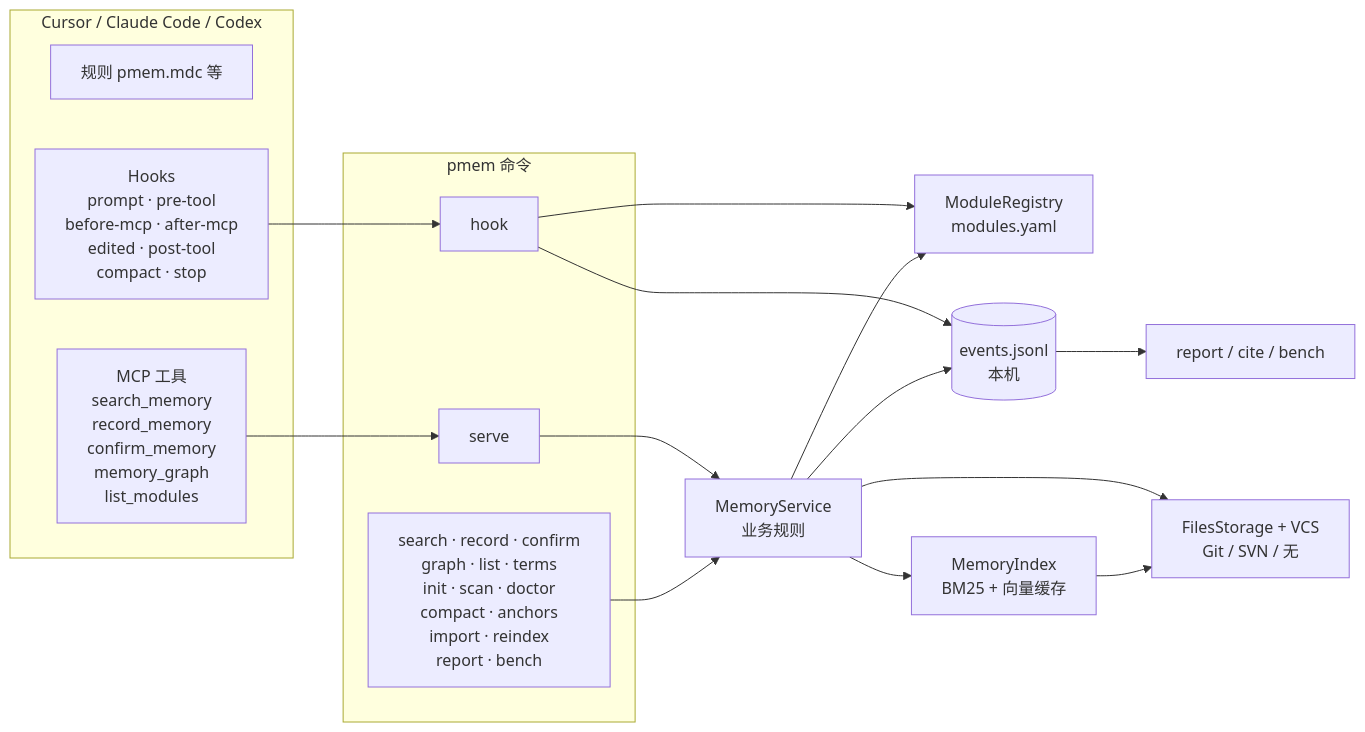
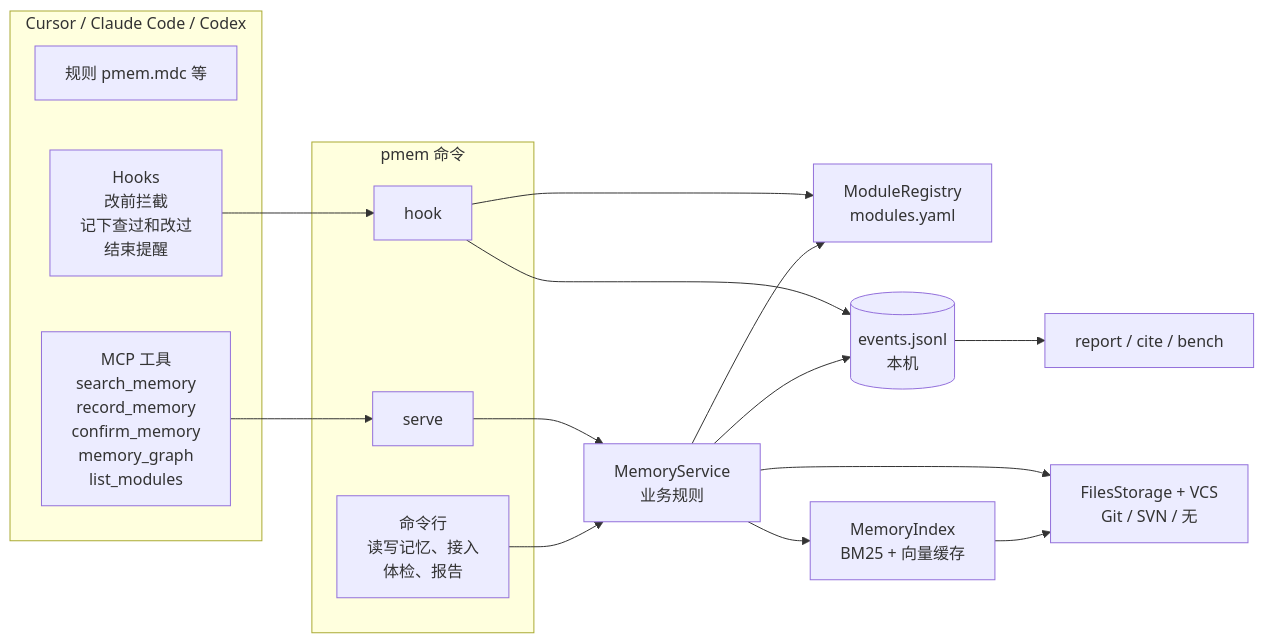
The diagram in docs/architecture.md (mry-ship/pmem), drawn with Mermaid before and after one commit. The commit also changed other lines of this file, not shown here.

Commit message:
docs: 架构图只写组件作用，事件与命令清单移到表格

````diff
--- a/docs/architecture.md
+++ b/docs/architecture.md
@@ -15,30 +15,30 @@
 ```mermaid
 flowchart LR
     subgraph Agent[Cursor / Claude Code / Codex]
         R[规则 pmem.mdc 等]
         M[MCP 工具<br/>search_memory<br/>record_memory<br/>confirm_memory<br/>memory_graph<br/>list_modules]
-        H[Hooks<br/>prompt · pre-tool<br/>before-mcp · after-mcp<br/>edited · post-tool<br/>compact · stop]
+        H[Hooks<br/>改前拦截<br/>记下查过和改过<br/>结束提醒]
     end
     subgraph pmem 命令
         S[serve]
         HK[hook]
-        CLI[search · record · confirm<br/>graph · list · terms<br/>init · scan · doctor<br/>compact · anchors<br/>import · reindex<br/>report · bench]
+        CLI[命令行<br/>读写记忆、接入<br/>体检、报告]
     end
     SV[MemoryService<br/>业务规则]
     REG[ModuleRegistry<br/>modules.yaml]
     ST[FilesStorage + VCS<br/>Git / SVN / 无]
     IX[MemoryIndex<br/>BM25 + 向量缓存]
     EV[(events.jsonl<br/>本机)]
     RP[report / cite / bench]
 
     M --> S --> SV
     CLI --> SV
     H --> HK --> REG
     HK --> EV
     SV --> REG
     SV --> ST
     SV --> IX
     SV --> EV
     IX --> ST
     EV --> RP
 ```
````
